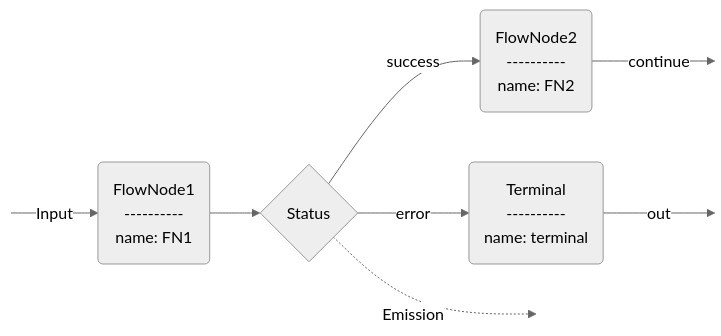
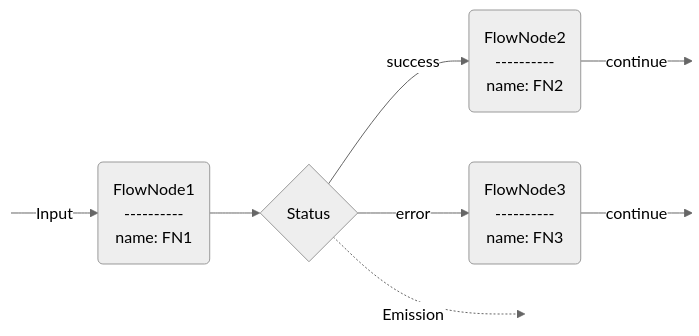
Before and after one commit to SeivenBell/oqd-core: the eighth of 9 diagrams in docs/compilation.md, drawn with Mermaid (neutral theme). The commit also changed other lines of this file, not shown here.

Commit message:
update: compilation.md document

````diff
--- a/docs/compilation.md
+++ b/docs/compilation.md
@@ -132,14 +132,14 @@
     ```mermaid
     flowchart LR
     
     node1("FlowNode1<br/>----------<br/>name: FN1")
     node2("FlowNode2<br/>----------<br/>name: FN2")
-    terminal("Terminal<br/>----------<br/>name: terminal")
+    node3("FlowNode3<br/>----------<br/>name: FN3")
     
     START:::hidden -- Input --> node1 --> status{Status} -- success --> node2 -- continue --> END:::hidden
 
-    status -- error --> terminal -- out --> END2:::hidden
+    status -- error --> node3 -- continue --> END2:::hidden
     status -. Emission .-> MID1:::hidden
 
     classDef hidden display: none;
     ```
````
